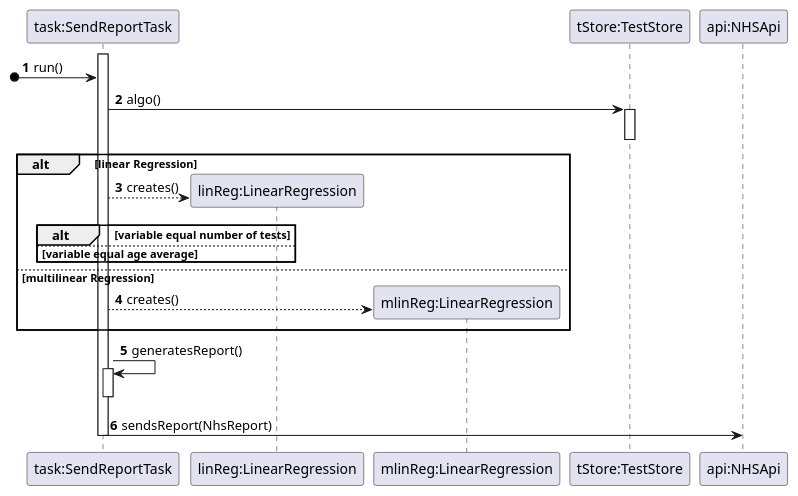
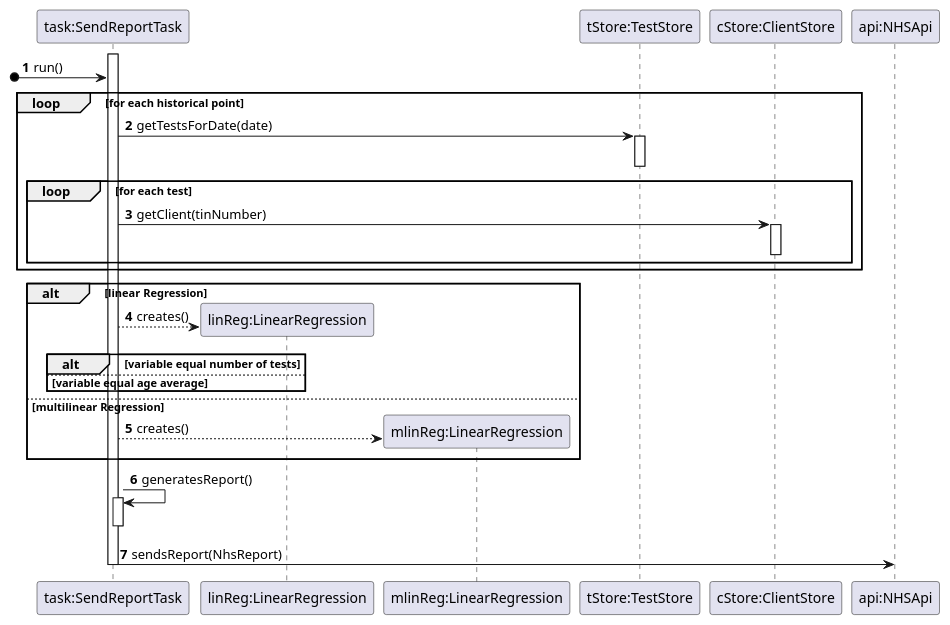
One commit to MarianaCLages/LAPR2 changed the diagram in docs/SprintD/US19/SD_runTask().puml. Above: the diagram before and after it, drawn with PlantUML. The commit also changed 12 other files, not shown here.

```diff
--- a/docs/SprintD/US19/SD_runTask().puml
+++ b/docs/SprintD/US19/SD_runTask().puml
@@ -1,29 +1,38 @@
 @startuml
 autonumber
 participant "task:SendReportTask" as task
 participant "linReg:LinearRegression" as linReg
 participant "mlinReg:LinearRegression" as linReg
 participant "mlinReg:LinearRegression" as mlinReg
 participant "tStore:TestStore" as tStore
+participant "cStore:ClientStore" as cStore
 participant "api:NHSApi" as api
 
 [o-> task: run()
-task -> tStore:algo()
+loop for each historical point
+    task -> tStore:getTestsForDate(date)
 activate tStore
 deactivate
+loop for each test
+    task -> cStore:getClient(tinNumber)
+    activate cStore
+    deactivate
+end
+end
+
 alt linear Regression
     task --> linReg** : creates()
     alt variable equal number of tests
 
     else variable equal age average
     end
 else multilinear Regression
     task --> mlinReg**:creates()
 end
 activate task
 task -> task: generatesReport()
 activate task
 deactivate
 task -> api: sendsReport(NhsReport)
 deactivate task
 @enduml
```
